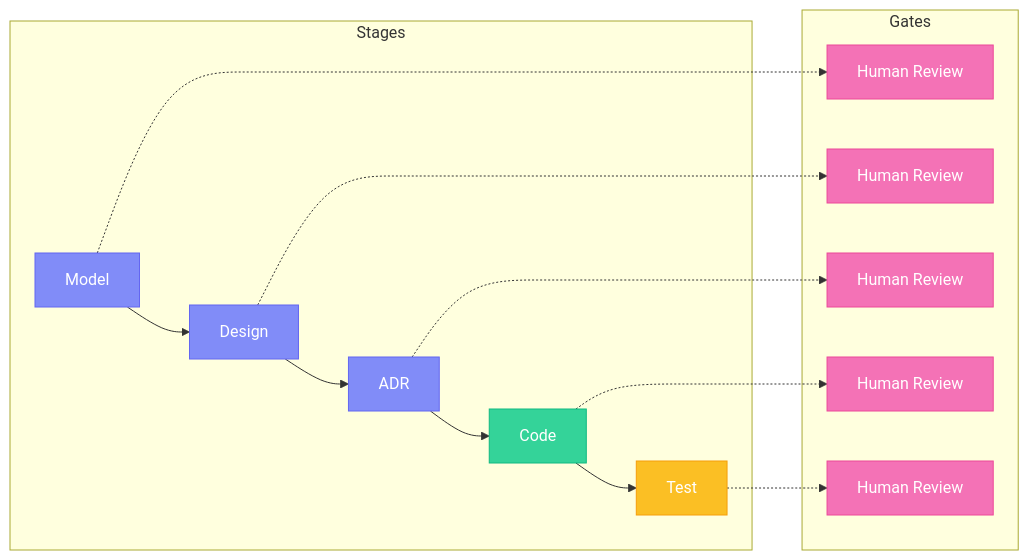
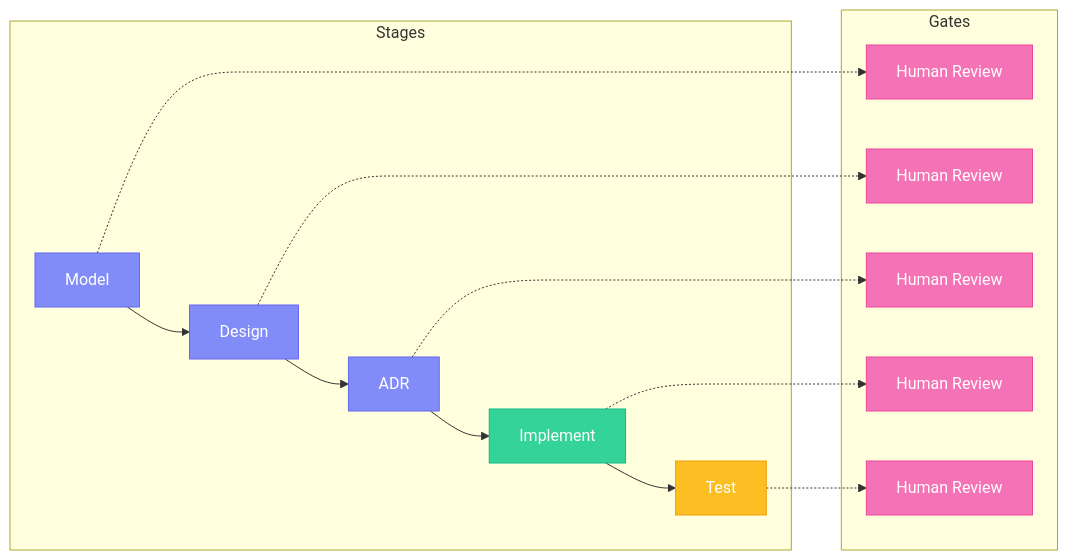
One commit to KiNgReX90/specsmd_turbo changed the first of 2 diagrams in docs.specs.md/core-concepts/bolts.mdx. Above: the diagram before and after it, drawn with Mermaid. The commit also changed other lines of this file and 18 other files, not shown here.

````diff
--- a/docs.specs.md/core-concepts/bolts.mdx
+++ b/docs.specs.md/core-concepts/bolts.mdx
@@ -129,25 +131,25 @@
 ```mermaid
 flowchart LR
     subgraph Stages
-        M[Model] --> D[Design] --> A[ADR] --> C[Code] --> T[Test]
+        M[Model] --> D[Design] --> A[ADR] --> I[Implement] --> T[Test]
     end
 
     subgraph Gates
         M -.-> G1[Human Review]
         D -.-> G2[Human Review]
         A -.-> G3[Human Review]
-        C -.-> G4[Human Review]
+        I -.-> G4[Human Review]
         T -.-> G5[Human Review]
     end
 
     style M fill:#818CF8,stroke:#6366F1,color:#fff
     style D fill:#818CF8,stroke:#6366F1,color:#fff
     style A fill:#818CF8,stroke:#6366F1,color:#fff
-    style C fill:#34D399,stroke:#10B981,color:#fff
+    style I fill:#34D399,stroke:#10B981,color:#fff
     style T fill:#FBBF24,stroke:#F59E0B,color:#fff
     style G1 fill:#F472B6,stroke:#EC4899,color:#fff
     style G2 fill:#F472B6,stroke:#EC4899,color:#fff
     style G3 fill:#F472B6,stroke:#EC4899,color:#fff
     style G4 fill:#F472B6,stroke:#EC4899,color:#fff
     style G5 fill:#F472B6,stroke:#EC4899,color:#fff
 ```
````
